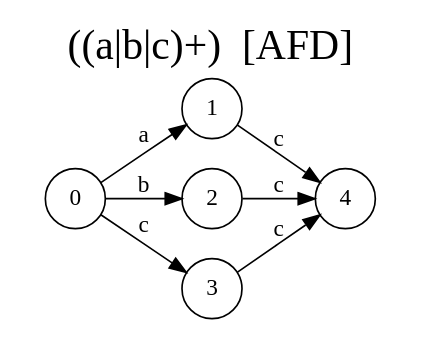
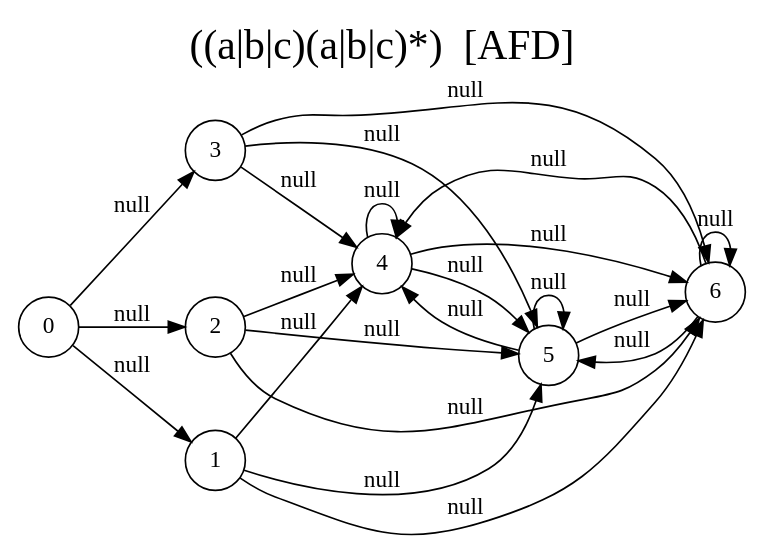
The diagram in docs/automataAFD.dot (CrisLayB/ProgrammingLanguageDesign), drawn with Graphviz before and after one commit. The commit also changed 11 other files, not shown here.

```diff
--- a/docs/automataAFD.dot
+++ b/docs/automataAFD.dot
@@ -1,17 +1,32 @@
 digraph "Resultado Automata AFD" {
-	label = "((a|b|c)+)  [AFD]"
+	label = "((a|b|c)(a|b|c)*)  [AFD]"
 	labelloc  =  t
 	fontsize  = 25
 	rankdir=LR size="8,5"
 	node [shape=doublecircle]
 	node [shape=circle]
 	0
 	node [shape=none]
 	node [shape=circle]
-	0 -> 1[label="a"]
-	0 -> 2[label="b"]
-	0 -> 3[label="c"]
-	3 -> 4[label="c"]
-	2 -> 4[label="c"]
-	1 -> 4[label="c"]
+	0 -> 1[label="null"]
+	0 -> 2[label="null"]
+	0 -> 3[label="null"]
+	3 -> 4[label="null"]
+	3 -> 5[label="null"]
+	3 -> 6[label="null"]
+	6 -> 4[label="null"]
+	6 -> 5[label="null"]
+	6 -> 6[label="null"]
+	5 -> 4[label="null"]
+	5 -> 5[label="null"]
+	5 -> 6[label="null"]
+	4 -> 4[label="null"]
+	4 -> 5[label="null"]
+	4 -> 6[label="null"]
+	2 -> 4[label="null"]
+	2 -> 5[label="null"]
+	2 -> 6[label="null"]
+	1 -> 4[label="null"]
+	1 -> 5[label="null"]
+	1 -> 6[label="null"]
 }
```
